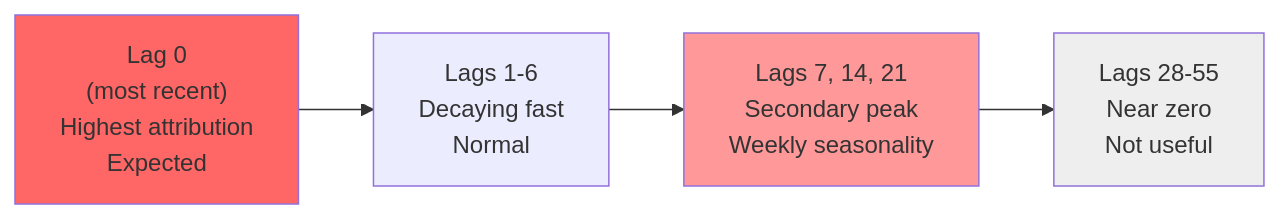
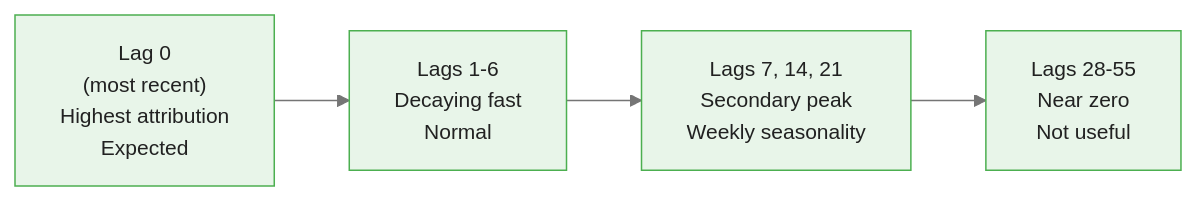
Before and after one commit to m-deane/course-creator: the second of 2 diagrams in courses/time-series-forecasting-neuralforecast/modules/module_04_explainability/guides/02_interpreting_attributions_slides.md, drawn with Mermaid. The commit also changed other lines of this file and 60 other files, not shown here.

````diff
--- a/courses/time-series-forecasting-neuralforecast/modules/module_04_explainability/guides/02_interpreting_attributions_slides.md
+++ b/courses/time-series-forecasting-neuralforecast/modules/module_04_explainability/guides/02_interpreting_attributions_slides.md
@@ -153,7 +186,5 @@
 ```mermaid
+%%{init: {"theme": "base", "themeVariables": {"primaryColor": "#e8f5e9", "primaryBorderColor": "#4caf50", "primaryTextColor": "#212121", "secondaryColor": "#e3f2fd", "tertiaryColor": "#fff8e1", "lineColor": "#757575", "fontFamily": "Inter, sans-serif", "fontSize": "14px"}}}%%
 flowchart LR
     A["Lag 0\n(most recent)\nHighest attribution\nExpected"] --> B["Lags 1-6\nDecaying fast\nNormal"] --> C["Lags 7, 14, 21\nSecondary peak\nWeekly seasonality"] --> D["Lags 28-55\nNear zero\nNot useful"]
-    style A fill:#f66
-    style C fill:#f99
-    style D fill:#eee
 ```
````
